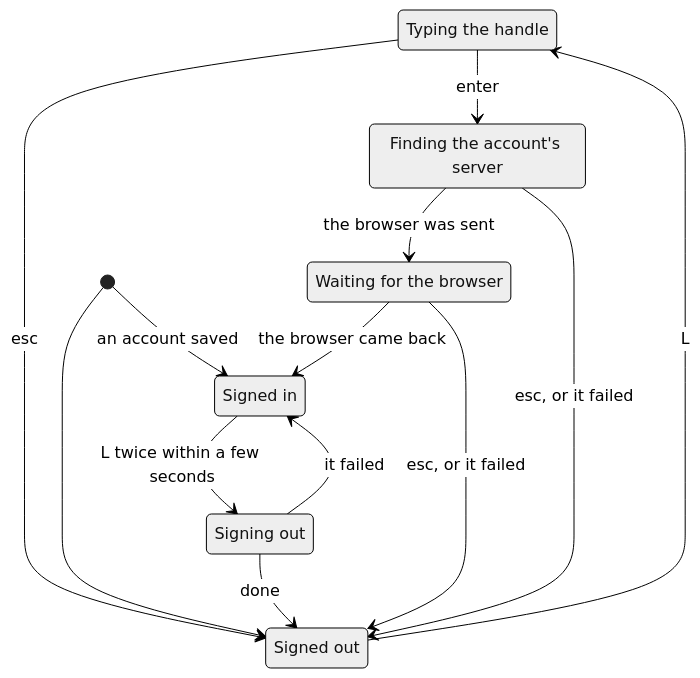
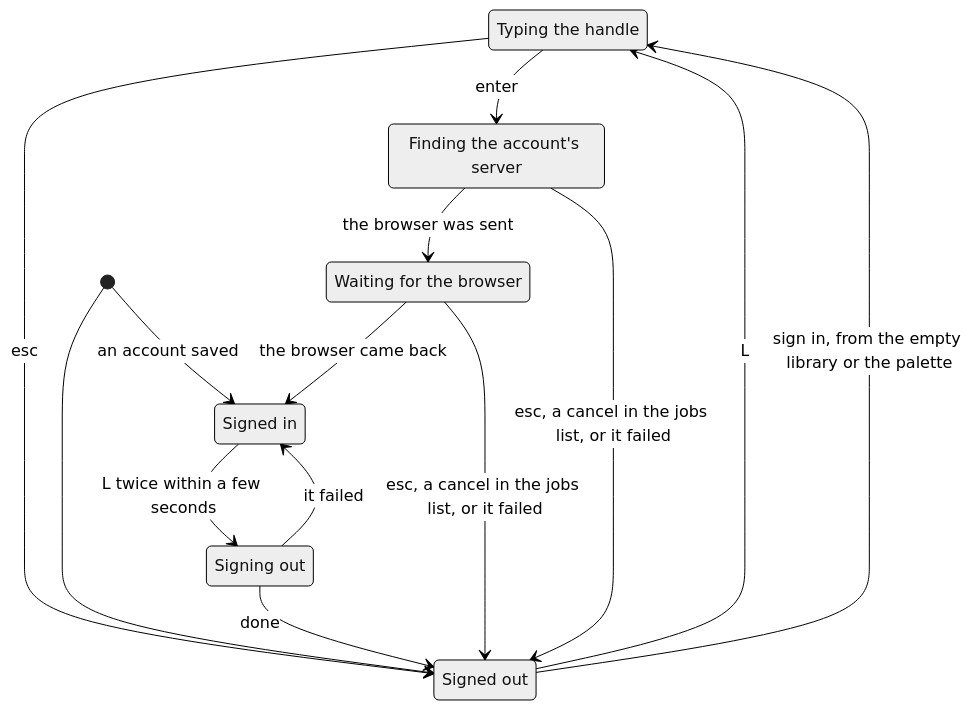
Before and after one commit to cutenode/localnetwork: diagram 15 of 17 in apps/locallibrary/docs/diagrams/player.md, drawn with Mermaid (neutral theme). The commit also changed other lines of this file and 6 other files, not shown here.

First line of the commit message:
docs(locallibrary): bring the diagrams up to date with the code

````diff
--- a/apps/locallibrary/docs/diagrams/player.md
+++ b/apps/locallibrary/docs/diagrams/player.md
@@ -236,21 +320,22 @@
 ```mermaid
 stateDiagram-v2
     state "Typing the handle" as Typing
     state "Finding the account's server" as Starting
     state "Waiting for the browser" as Waiting
     state "Signing out" as SigningOut
     state "Signed in" as In
     state "Signed out" as Out
     [*] --> Out
     [*] --> In: an account saved
     Out --> Typing: L
+    Out --> Typing: sign in, from the empty library or the palette
     Typing --> Out: esc
     Typing --> Starting: enter
     Starting --> Waiting: the browser was sent
-    Starting --> Out: esc, or it failed
+    Starting --> Out: esc, a cancel in the jobs list, or it failed
     Waiting --> In: the browser came back
-    Waiting --> Out: esc, or it failed
+    Waiting --> Out: esc, a cancel in the jobs list, or it failed
     In --> SigningOut: L twice within a few seconds
     SigningOut --> Out: done
     SigningOut --> In: it failed
 ```
````
